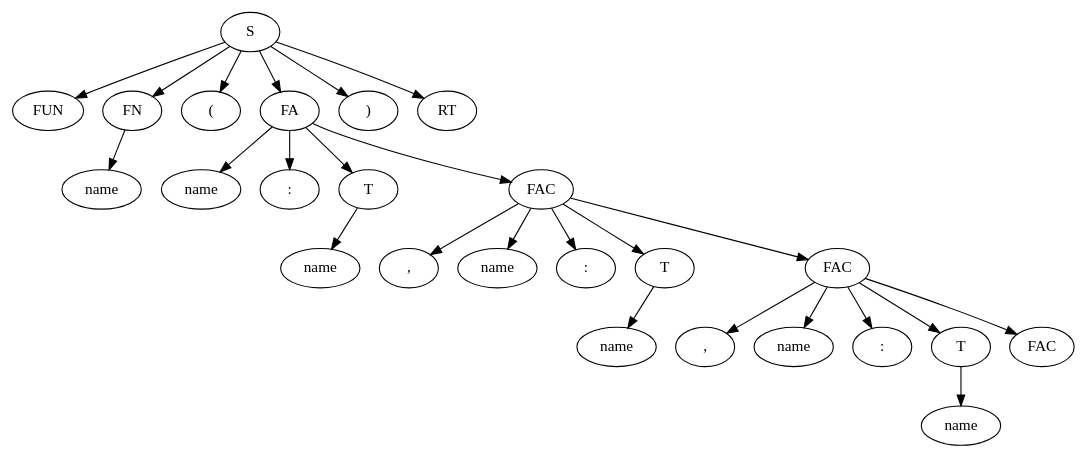
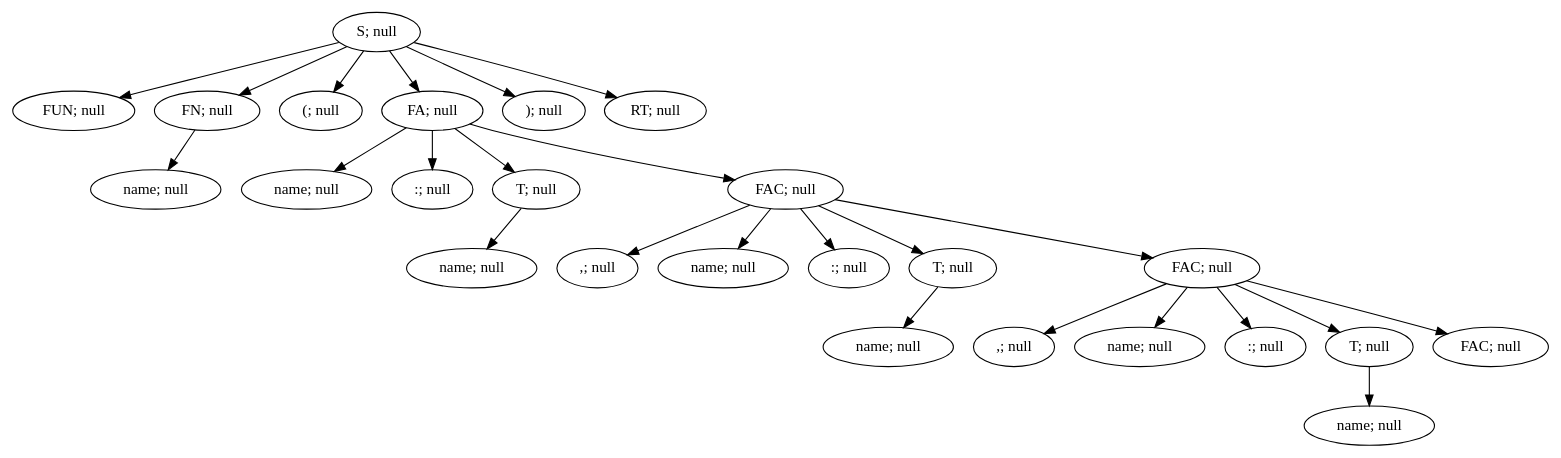
One commit to Ultimatereo/MT changed the diagram in lab4/graphK1.dot. Above: the diagram before and after it, drawn with Graphviz. The commit also changed 15 other files, not shown here.

Commit message:
changed graphviz

```diff
--- a/lab4/graphK1.dot
+++ b/lab4/graphK1.dot
@@ -1,75 +1,75 @@
 digraph ParserResult {
-"NonTerminal[name=S]_47" [label="S"]
-"Token{name='FUN', value='fun'}_23" [label="FUN"]
+"NonTerminal[name=S]_47" [label="S; null"]
+"Token{name='FUN', value='fun'}_23" [label="FUN; null"]
 "NonTerminal[name=S]_47"->"Token{name='FUN', value='fun'}_23";
-"Token{name='FUN', value='fun'}_23" [label="FUN"]
-"NonTerminal[name=FN]_25" [label="FN"]
+"Token{name='FUN', value='fun'}_23" [label="FUN; null"]
+"NonTerminal[name=FN]_25" [label="FN; null"]
 "NonTerminal[name=S]_47"->"NonTerminal[name=FN]_25";
-"NonTerminal[name=FN]_25" [label="FN"]
-"Token{name='name', value='aboba'}_24" [label="name"]
+"NonTerminal[name=FN]_25" [label="FN; null"]
+"Token{name='name', value='aboba'}_24" [label="name; null"]
 "NonTerminal[name=FN]_25"->"Token{name='name', value='aboba'}_24";
-"Token{name='name', value='aboba'}_24" [label="name"]
-"Token{name='(', value='('}_26" [label="("]
+"Token{name='name', value='aboba'}_24" [label="name; null"]
+"Token{name='(', value='('}_26" [label="(; null"]
 "NonTerminal[name=S]_47"->"Token{name='(', value='('}_26";
-"Token{name='(', value='('}_26" [label="("]
-"NonTerminal[name=FA]_44" [label="FA"]
+"Token{name='(', value='('}_26" [label="(; null"]
+"NonTerminal[name=FA]_44" [label="FA; null"]
 "NonTerminal[name=S]_47"->"NonTerminal[name=FA]_44";
-"NonTerminal[name=FA]_44" [label="FA"]
-"Token{name='name', value='a'}_27" [label="name"]
+"NonTerminal[name=FA]_44" [label="FA; null"]
+"Token{name='name', value='a'}_27" [label="name; null"]
 "NonTerminal[name=FA]_44"->"Token{name='name', value='a'}_27";
-"Token{name='name', value='a'}_27" [label="name"]
-"Token{name=':', value=':'}_28" [label=":"]
+"Token{name='name', value='a'}_27" [label="name; null"]
+"Token{name=':', value=':'}_28" [label=":; null"]
 "NonTerminal[name=FA]_44"->"Token{name=':', value=':'}_28";
-"Token{name=':', value=':'}_28" [label=":"]
-"NonTerminal[name=T]_30" [label="T"]
+"Token{name=':', value=':'}_28" [label=":; null"]
+"NonTerminal[name=T]_30" [label="T; null"]
 "NonTerminal[name=FA]_44"->"NonTerminal[name=T]_30";
-"NonTerminal[name=T]_30" [label="T"]
-"Token{name='name', value='Int'}_29" [label="name"]
+"NonTerminal[name=T]_30" [label="T; null"]
+"Token{name='name', value='Int'}_29" [label="name; null"]
 "NonTerminal[name=T]_30"->"Token{name='name', value='Int'}_29";
-"Token{name='name', value='Int'}_29" [label="name"]
-"NonTerminal[name=FAC]_43" [label="FAC"]
+"Token{name='name', value='Int'}_29" [label="name; null"]
+"NonTerminal[name=FAC]_43" [label="FAC; null"]
 "NonTerminal[name=FA]_44"->"NonTerminal[name=FAC]_43";
-"NonTerminal[name=FAC]_43" [label="FAC"]
-"Token{name=',', value=','}_31" [label=","]
+"NonTerminal[name=FAC]_43" [label="FAC; null"]
+"Token{name=',', value=','}_31" [label=",; null"]
 "NonTerminal[name=FAC]_43"->"Token{name=',', value=','}_31";
-"Token{name=',', value=','}_31" [label=","]
-"Token{name='name', value='b'}_32" [label="name"]
+"Token{name=',', value=','}_31" [label=",; null"]
+"Token{name='name', value='b'}_32" [label="name; null"]
 "NonTerminal[name=FAC]_43"->"Token{name='name', value='b'}_32";
-"Token{name='name', value='b'}_32" [label="name"]
-"Token{name=':', value=':'}_33" [label=":"]
+"Token{name='name', value='b'}_32" [label="name; null"]
+"Token{name=':', value=':'}_33" [label=":; null"]
 "NonTerminal[name=FAC]_43"->"Token{name=':', value=':'}_33";
-"Token{name=':', value=':'}_33" [label=":"]
-"NonTerminal[name=T]_35" [label="T"]
+"Token{name=':', value=':'}_33" [label=":; null"]
+"NonTerminal[name=T]_35" [label="T; null"]
 "NonTerminal[name=FAC]_43"->"NonTerminal[name=T]_35";
-"NonTerminal[name=T]_35" [label="T"]
-"Token{name='name', value='Int'}_34" [label="name"]
+"NonTerminal[name=T]_35" [label="T; null"]
+"Token{name='name', value='Int'}_34" [label="name; null"]
 "NonTerminal[name=T]_35"->"Token{name='name', value='Int'}_34";
-"Token{name='name', value='Int'}_34" [label="name"]
-"NonTerminal[name=FAC]_42" [label="FAC"]
+"Token{name='name', value='Int'}_34" [label="name; null"]
+"NonTerminal[name=FAC]_42" [label="FAC; null"]
 "NonTerminal[name=FAC]_43"->"NonTerminal[name=FAC]_42";
-"NonTerminal[name=FAC]_42" [label="FAC"]
-"Token{name=',', value=','}_36" [label=","]
+"NonTerminal[name=FAC]_42" [label="FAC; null"]
+"Token{name=',', value=','}_36" [label=",; null"]
 "NonTerminal[name=FAC]_42"->"Token{name=',', value=','}_36";
-"Token{name=',', value=','}_36" [label=","]
-"Token{name='name', value='c'}_37" [label="name"]
+"Token{name=',', value=','}_36" [label=",; null"]
+"Token{name='name', value='c'}_37" [label="name; null"]
 "NonTerminal[name=FAC]_42"->"Token{name='name', value='c'}_37";
-"Token{name='name', value='c'}_37" [label="name"]
-"Token{name=':', value=':'}_38" [label=":"]
+"Token{name='name', value='c'}_37" [label="name; null"]
+"Token{name=':', value=':'}_38" [label=":; null"]
 "NonTerminal[name=FAC]_42"->"Token{name=':', value=':'}_38";
-"Token{name=':', value=':'}_38" [label=":"]
-"NonTerminal[name=T]_40" [label="T"]
+"Token{name=':', value=':'}_38" [label=":; null"]
+"NonTerminal[name=T]_40" [label="T; null"]
 "NonTerminal[name=FAC]_42"->"NonTerminal[name=T]_40";
-"NonTerminal[name=T]_40" [label="T"]
-"Token{name='name', value='String'}_39" [label="name"]
+"NonTerminal[name=T]_40" [label="T; null"]
+"Token{name='name', value='String'}_39" [label="name; null"]
 "NonTerminal[name=T]_40"->"Token{name='name', value='String'}_39";
-"Token{name='name', value='String'}_39" [label="name"]
-"NonTerminal[name=FAC]_41" [label="FAC"]
+"Token{name='name', value='String'}_39" [label="name; null"]
+"NonTerminal[name=FAC]_41" [label="FAC; null"]
 "NonTerminal[name=FAC]_42"->"NonTerminal[name=FAC]_41";
-"NonTerminal[name=FAC]_41" [label="FAC"]
-"Token{name=')', value=')'}_45" [label=")"]
+"NonTerminal[name=FAC]_41" [label="FAC; null"]
+"Token{name=')', value=')'}_45" [label="); null"]
 "NonTerminal[name=S]_47"->"Token{name=')', value=')'}_45";
-"Token{name=')', value=')'}_45" [label=")"]
-"NonTerminal[name=RT]_46" [label="RT"]
+"Token{name=')', value=')'}_45" [label="); null"]
+"NonTerminal[name=RT]_46" [label="RT; null"]
 "NonTerminal[name=S]_47"->"NonTerminal[name=RT]_46";
-"NonTerminal[name=RT]_46" [label="RT"]
+"NonTerminal[name=RT]_46" [label="RT; null"]
 }
```
